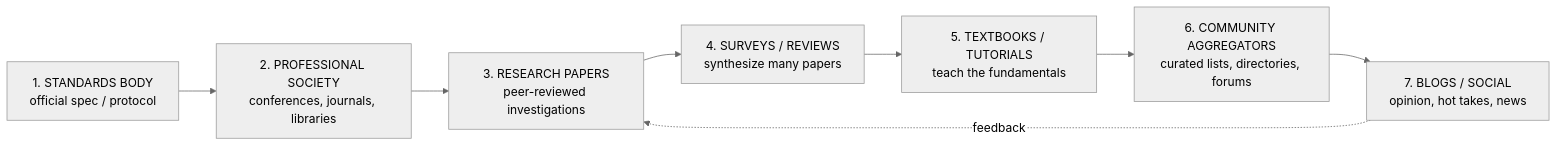
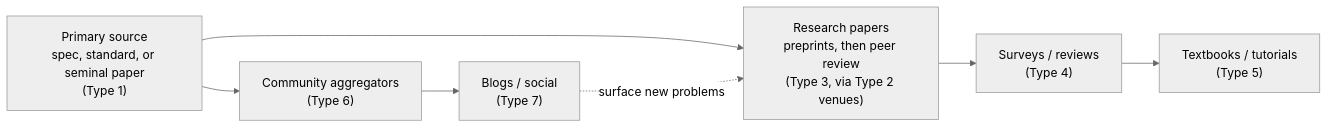
One commit to oat431/oralita_md changed the fourth of 5 diagrams in personal/note/how-to-read-a-research-paper.md. Above: the diagram before and after it, drawn with Mermaid (neutral theme). The commit also changed other lines of this file and 5 other files, not shown here.

````diff
--- a/personal/note/how-to-read-a-research-paper.md
+++ b/personal/note/how-to-read-a-research-paper.md
@@ -320,10 +485,9 @@
 ```mermaid
 flowchart LR
-    A["1. STANDARDS BODY<br/>official spec / protocol"] --> B["2. PROFESSIONAL SOCIETY<br/>conferences, journals, libraries"]
-    B --> C["3. RESEARCH PAPERS<br/>peer-reviewed investigations"]
-    C --> D["4. SURVEYS / REVIEWS<br/>synthesize many papers"]
-    D --> E["5. TEXTBOOKS / TUTORIALS<br/>teach the fundamentals"]
-    E --> F["6. COMMUNITY AGGREGATORS<br/>curated lists, directories, forums"]
-    F --> G["7. BLOGS / SOCIAL<br/>opinion, hot takes, news"]
-    G -.feedback.-> C
+    A["Primary source<br/>spec, standard, or seminal paper<br/>(Type 1)"] --> B["Research papers<br/>preprints, then peer review<br/>(Type 3, via Type 2 venues)"]
+    B --> C["Surveys / reviews<br/>(Type 4)"]
+    C --> D["Textbooks / tutorials<br/>(Type 5)"]
+    A --> E["Community aggregators<br/>(Type 6)"]
+    E --> F["Blogs / social<br/>(Type 7)"]
+    F -.->|surface new problems| B
 ```
````
